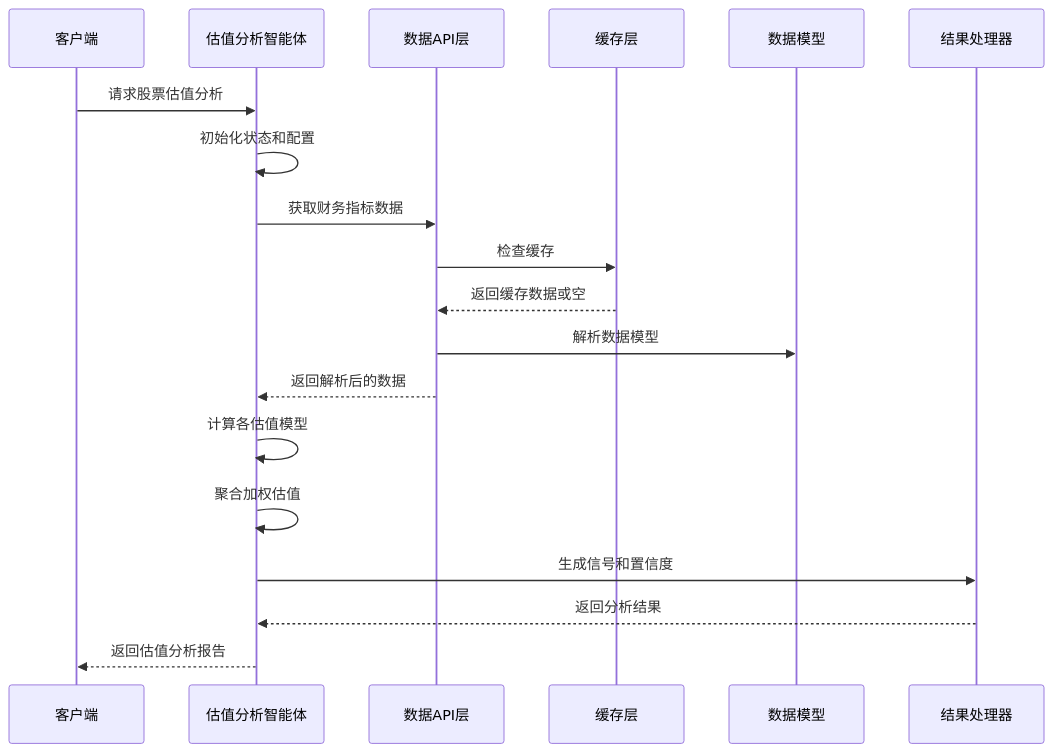
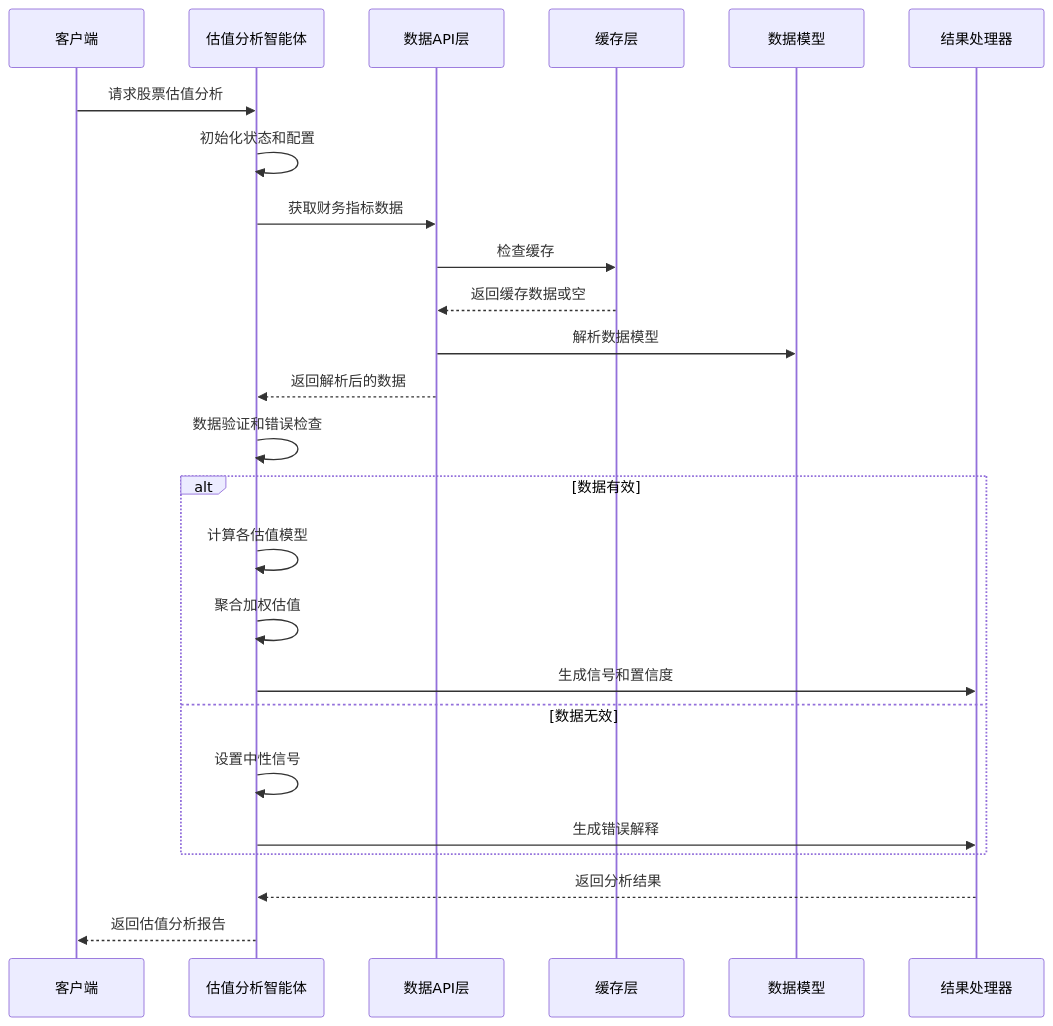
The second of 14 diagrams in .qoder/repowiki/zh/content/多智能体系统/专业分析智能体/估值分析智能体.md (lichen14-hash/ai-hedge-fund), drawn with Mermaid before and after one commit. The commit also changed other lines of this file and 24 other files, not shown here.

````diff
--- a/.qoder/repowiki/zh/content/多智能体系统/专业分析智能体/估值分析智能体.md
+++ b/.qoder/repowiki/zh/content/多智能体系统/专业分析智能体/估值分析智能体.md
@@ -112,21 +127,27 @@
 ```mermaid
 sequenceDiagram
 participant Client as 客户端
 participant VA as 估值分析智能体
 participant API as 数据API层
 participant Cache as 缓存层
 participant Models as 数据模型
 participant Results as 结果处理器
 Client->>VA : 请求股票估值分析
 VA->>VA : 初始化状态和配置
 VA->>API : 获取财务指标数据
 API->>Cache : 检查缓存
 Cache-->>API : 返回缓存数据或空
 API->>Models : 解析数据模型
 API-->>VA : 返回解析后的数据
+VA->>VA : 数据验证和错误检查
+alt 数据有效
 VA->>VA : 计算各估值模型
 VA->>VA : 聚合加权估值
 VA->>Results : 生成信号和置信度
+else 数据无效
+VA->>VA : 设置中性信号
+VA->>Results : 生成错误解释
+end
 Results-->>VA : 返回分析结果
 VA-->>Client : 返回估值分析报告
 ```
````
